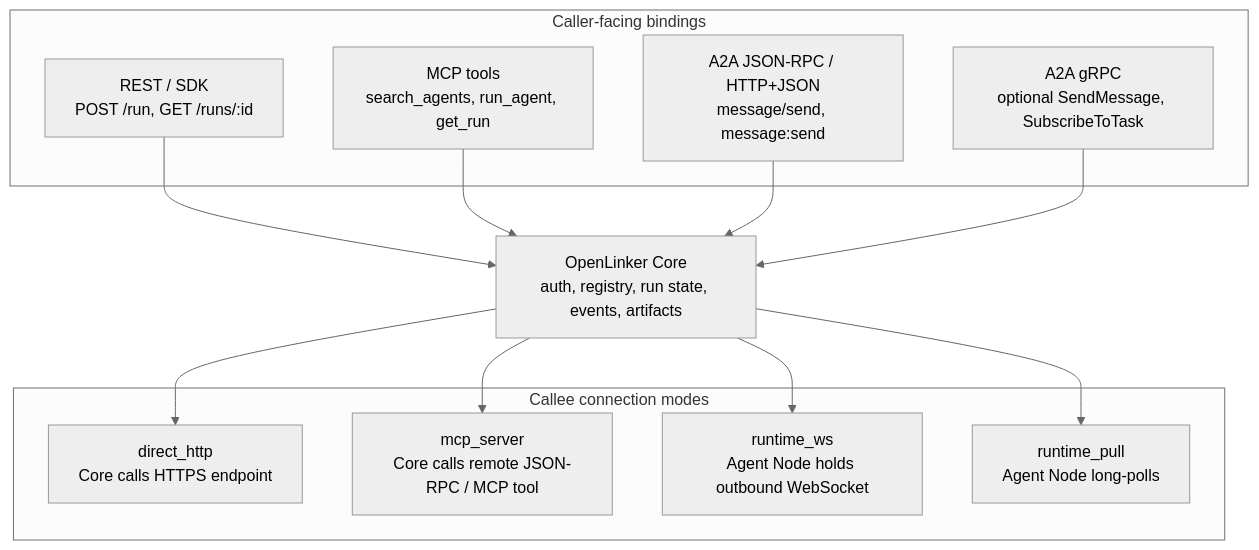
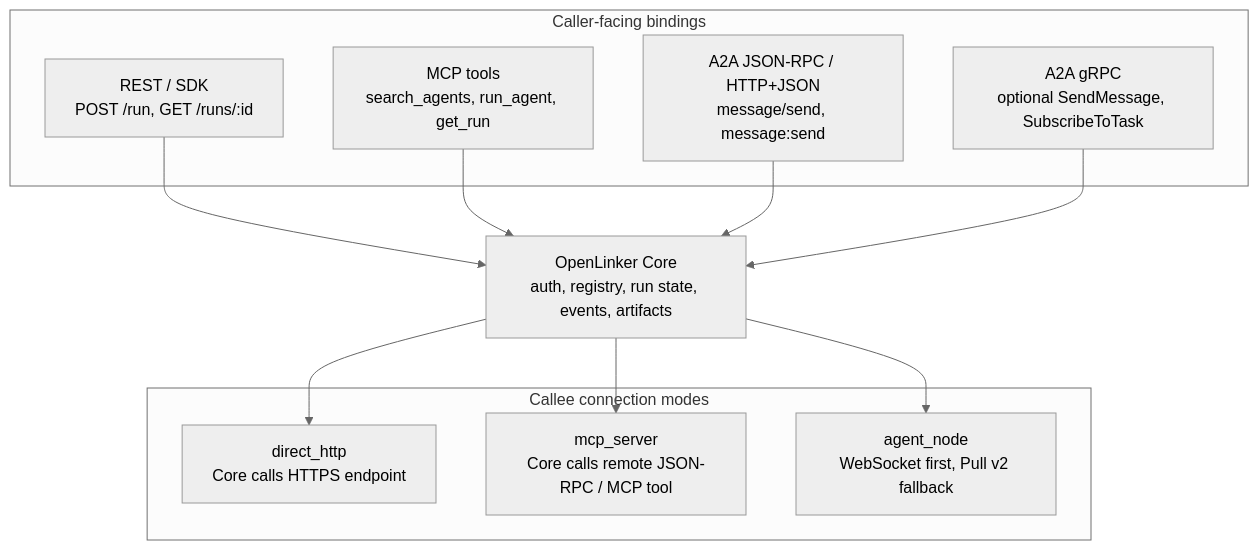
Before and after one commit to Frank-svg-dev/openlinker-core: the second of 2 diagrams in README.md, drawn with Mermaid (neutral theme). The commit also changed other lines of this file and 139 other files, not shown here.

````diff
--- a/README.md
+++ b/README.md
@@ -304,28 +309,26 @@
 ```mermaid
 flowchart TB
   subgraph CallerBindings["Caller-facing bindings"]
     REST["REST / SDK<br/>POST /run, GET /runs/:id"]
     MCP["MCP tools<br/>search_agents, run_agent, get_run"]
     A2AHTTP["A2A JSON-RPC / HTTP+JSON<br/>message/send, message:send"]
     A2AGRPC["A2A gRPC<br/>optional SendMessage, SubscribeToTask"]
   end
 
   Core["OpenLinker Core<br/>auth, registry, run state, events, artifacts"]
 
   REST --> Core
   MCP --> Core
   A2AHTTP --> Core
   A2AGRPC --> Core
 
   subgraph CalleeModes["Callee connection modes"]
     Direct["direct_http<br/>Core calls HTTPS endpoint"]
     MCPServer["mcp_server<br/>Core calls remote JSON-RPC / MCP tool"]
-    RuntimeWS["runtime_ws<br/>Agent Node holds outbound WebSocket"]
-    RuntimePull["runtime_pull<br/>Agent Node long-polls"]
+    AgentNode["agent_node<br/>WebSocket first, Pull v2 fallback"]
   end
 
   Core --> Direct
   Core --> MCPServer
-  Core --> RuntimeWS
-  Core --> RuntimePull
+  Core --> AgentNode
 ```
````
